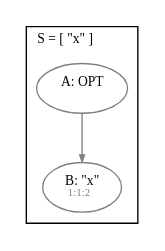
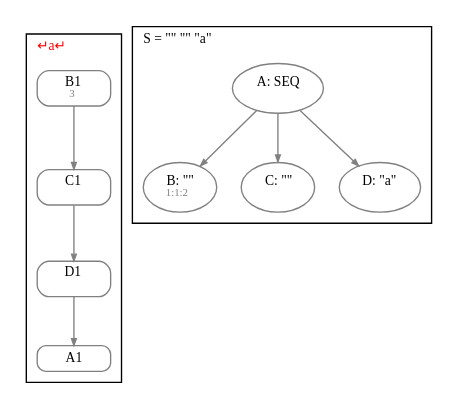
One commit to JanWillemBrands/AoC2021 changed the diagram in diagram.gv. Above: the diagram before and after it, drawn with Graphviz. The commit also changed 8 other files, not shown here.

```diff
--- a/diagram.gv
+++ b/diagram.gv
@@ -1,23 +1,33 @@
 digraph G {
   fontname = Menlo
   fontsize = 10
       node [fontname = Menlo, fontsize = 10, color = gray]
       edge [fontname = Menlo, fontsize = 10, color = gray, arrowsize = 0.5]
 
   graph [ordering = out]
   subgraph GSS {
     cluster = true
-    label = <↵x↵> fontcolor = red
+    label = <↵a↵> fontcolor = red
     labeljust = l
     node [shape = box, style = rounded, height = 0]
+    D1 [label = <D1<br/><font color="gray" point-size="8.0"> </font>>]
+    D1 -> A1
+    C1 [label = <C1<br/><font color="gray" point-size="8.0"> </font>>]
+    C1 -> D1
+    B1 [label = <B1<br/><font color="gray" point-size="8.0"> 3</font>>]
+    B1 -> C1
   }
   subgraph S {
     cluster = true
-    label = <S = [ "x" ]>
+    label = <S = "" "" "a">
     labeljust = l
     node [shape = ellipse, height = 0]
-    A [label = <A: OPT<br/><font color="gray" point-size="8.0"> </font>>]
+    A [label = <A: SEQ<br/><font color="gray" point-size="8.0"> </font>>]
     A -> B
-    B [label = <B: "x"<br/><font color="gray" point-size="8.0"> 1:1:2</font>>]
+    B [label = <B: ""<br/><font color="gray" point-size="8.0"> 1:1:2</font>>]
+    A -> C
+    C [label = <C: ""<br/><font color="gray" point-size="8.0"> </font>>]
+    A -> D
+    D [label = <D: "a"<br/><font color="gray" point-size="8.0"> </font>>]
   }
 }
```
